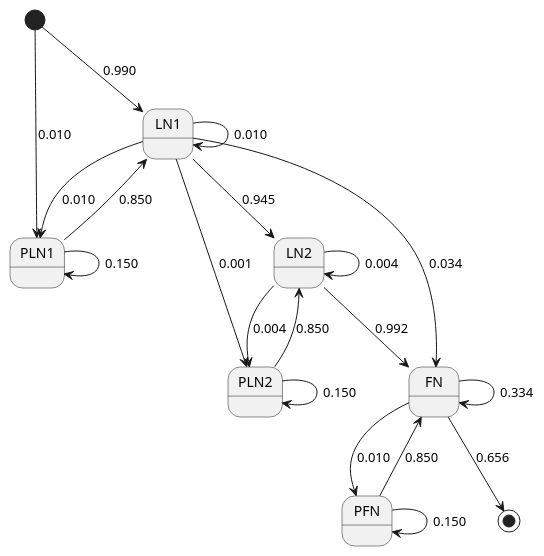
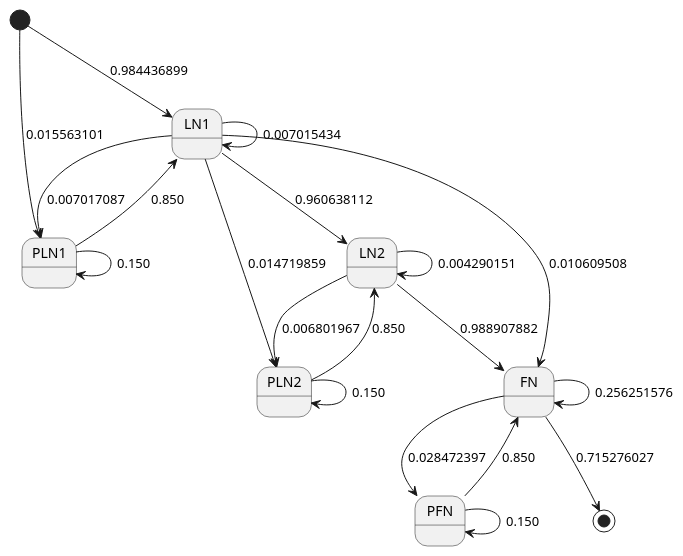
One commit to lla11358/hmm-name-parser changed the diagram in doc/state_diagram_ln_fn.puml. Above: the diagram before and after it, drawn with PlantUML. The commit also changed 7 other files, not shown here.

```diff
--- a/doc/state_diagram_ln_fn.puml
+++ b/doc/state_diagram_ln_fn.puml
@@ -1,23 +1,23 @@
 @startuml Name Parser State Diagram - Last name 1 first
 
-[*] --> LN1: 0.990
-[*] --> PLN1: 0.010
-LN1 --> LN1: 0.010
-LN1 --> PLN1: 0.010
-LN1 --> LN2: 0.945
-LN1 --> PLN2: 0.001
-LN1 --> FN: 0.034
+[*] --> LN1: 0.984436899
+[*] --> PLN1: 0.015563101
+LN1 --> LN1: 0.007015434
+LN1 --> PLN1: 0.007017087
+LN1 --> LN2: 0.960638112
+LN1 --> PLN2: 0.014719859
+LN1 --> FN: 0.010609508
 PLN1 --> PLN1: 0.150
 PLN1 --> LN1: 0.850
-LN2 --> LN2: 0.004
-LN2 --> PLN2: 0.004
-LN2 --> FN: 0.992
+LN2 --> LN2: 0.004290151
+LN2 --> PLN2: 0.006801967
+LN2 --> FN: 0.988907882
 PLN2 --> PLN2: 0.150
 PLN2 --> LN2: 0.850
-FN --> FN: 0.334
-FN --> PFN: 0.010
-FN --> [*]: 0.656
+FN --> FN: 0.256251576
+FN --> PFN: 0.028472397
+FN --> [*]: 0.715276027
 PFN --> PFN: 0.150
 PFN --> FN: 0.850
 
 @enduml
```
